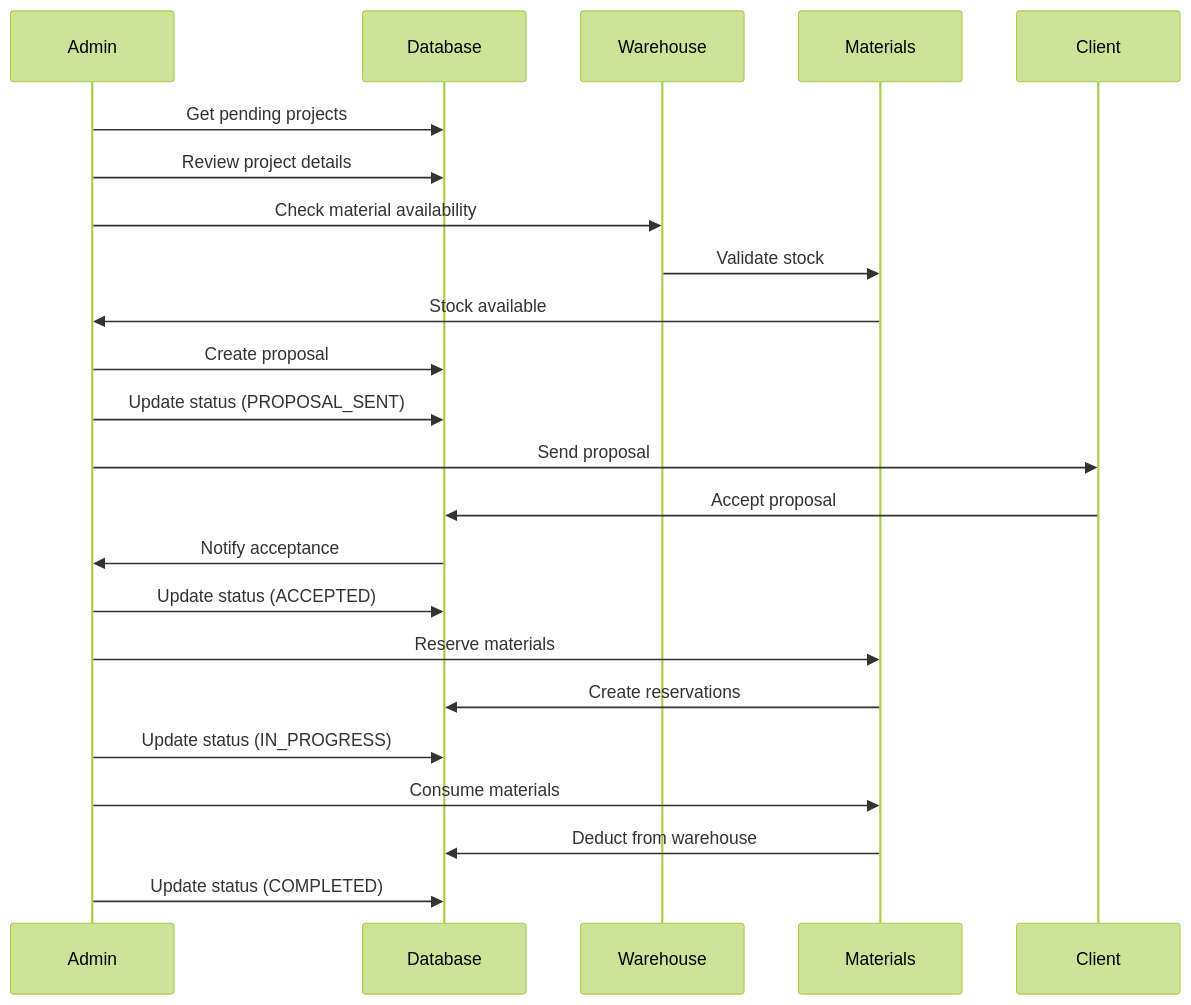
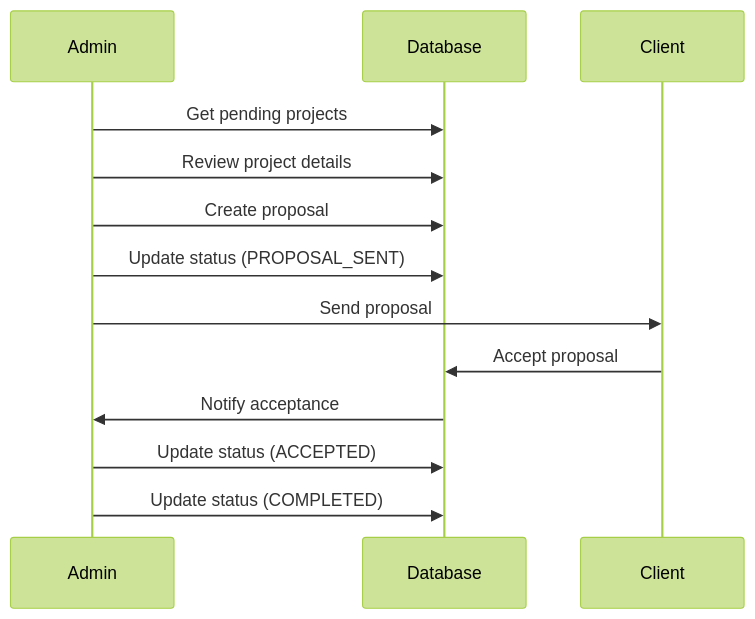
Before and after one commit to Justin322322/roofcal: the tenth of 10 diagrams in README.md, drawn with Mermaid (forest theme). The commit also changed other lines of this file and 18 other files, not shown here.

````diff
--- a/README.md
+++ b/README.md
@@ -1068,26 +943,16 @@
 ```mermaid
 sequenceDiagram
     participant A as Admin
     participant DB as Database
-    participant W as Warehouse
-    participant M as Materials
     participant C as Client
 
     A->>DB: Get pending projects
     A->>DB: Review project details
-    A->>W: Check material availability
-    W->>M: Validate stock
-    M->>A: Stock available
     A->>DB: Create proposal
     A->>DB: Update status (PROPOSAL_SENT)
     A->>C: Send proposal
     C->>DB: Accept proposal
     DB->>A: Notify acceptance
     A->>DB: Update status (ACCEPTED)
-    A->>M: Reserve materials
-    M->>DB: Create reservations
-    A->>DB: Update status (IN_PROGRESS)
-    A->>M: Consume materials
-    M->>DB: Deduct from warehouse
     A->>DB: Update status (COMPLETED)
 ```
````
